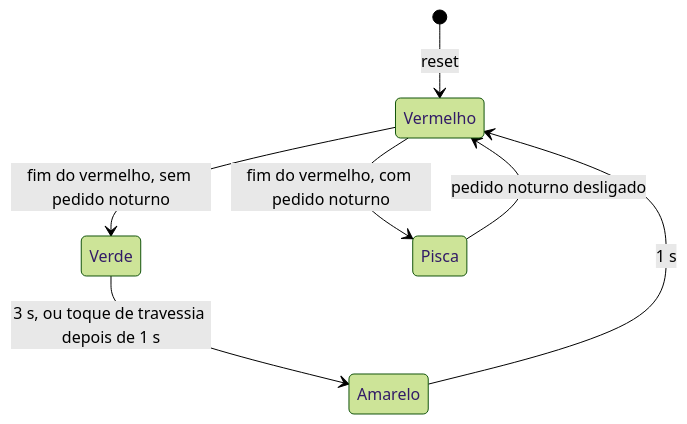
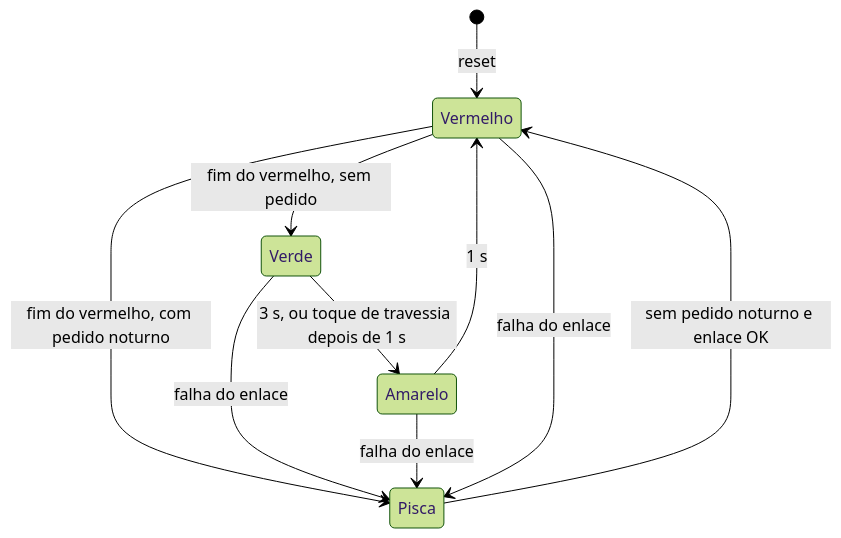
One commit to bmchad/uc-aula1-fork changed the third of 5 diagrams in docs/02-arquitetura.md. Above: the diagram before and after it, drawn with Mermaid (forest theme). The commit also changed other lines of this file and 27 other files, not shown here.

````diff
--- a/docs/02-arquitetura.md
+++ b/docs/02-arquitetura.md
@@ -105,9 +110,12 @@
 ```mermaid
 stateDiagram-v2
     [*] --> Vermelho: reset
-    Vermelho --> Verde: fim do vermelho, sem pedido noturno
+    Vermelho --> Verde: fim do vermelho, sem pedido
     Verde --> Amarelo: 3 s, ou toque de travessia depois de 1 s
     Amarelo --> Vermelho: 1 s
     Vermelho --> Pisca: fim do vermelho, com pedido noturno
-    Pisca --> Vermelho: pedido noturno desligado
+    Verde --> Pisca: falha do enlace
+    Amarelo --> Pisca: falha do enlace
+    Vermelho --> Pisca: falha do enlace
+    Pisca --> Vermelho: sem pedido noturno e enlace OK
 ```
````
